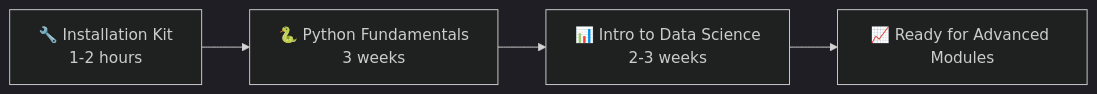
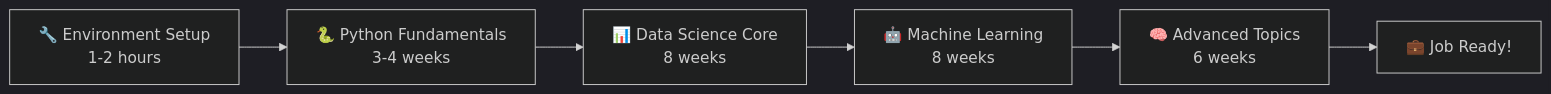
One commit to Metrica-Academy/ds-bootcamp-courses changed the diagram in README.md. Above: the diagram before and after it, drawn with Mermaid (dark theme). The commit also changed other lines of this file, not shown here.

````diff
--- a/README.md
+++ b/README.md
@@ -88,6 +70,8 @@
 ```mermaid
 graph LR
-    A[🔧 Installation Kit<br/>1-2 hours] --> B[🐍 Python Fundamentals<br/>3 weeks]
-    B --> C[📊 Intro to Data Science<br/>2-3 weeks]  
-    C --> D[📈 Ready for Advanced Modules]
+    A[🔧 Environment Setup<br/>1-2 hours] --> B[🐍 Python Fundamentals<br/>3-4 weeks]
+    B --> C[📊 Data Science Core<br/>8 weeks]  
+    C --> D[🤖 Machine Learning<br/>8 weeks]
+    D --> E[🧠 Advanced Topics<br/>6 weeks]
+    E --> F[💼 Job Ready!]
 ```
````
